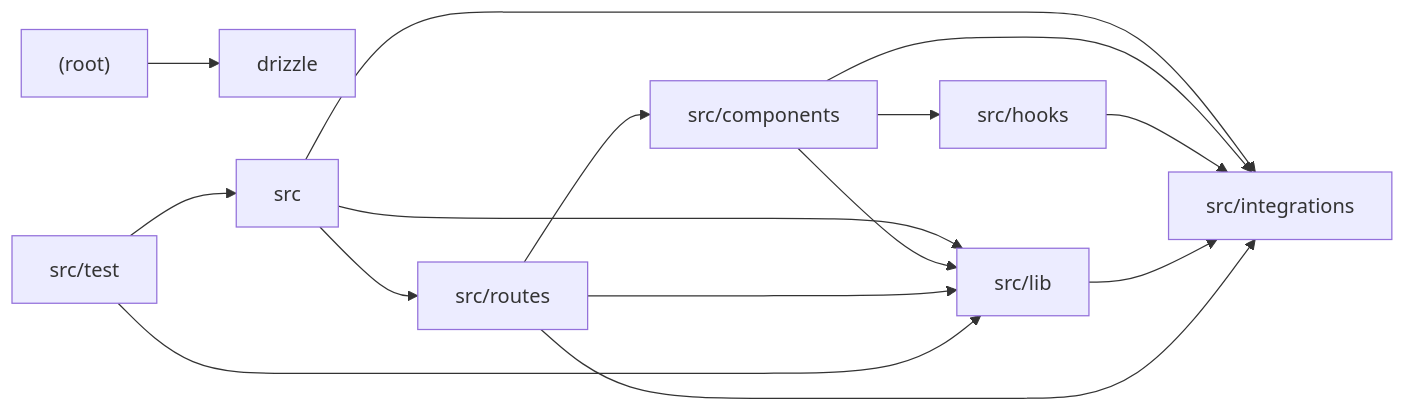
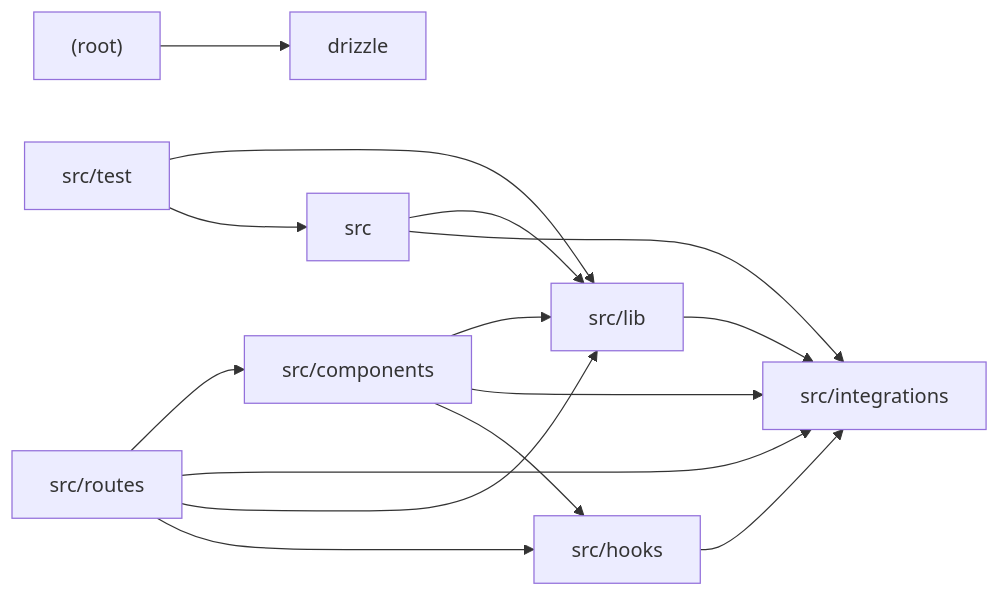
Before and after one commit to Vict2976/visit-denmark: the diagram in .eval/architecture/Architecture.md, drawn with Mermaid. The commit also changed other lines of this file and 9 other files, not shown here.

````diff
--- a/.eval/architecture/Architecture.md
+++ b/.eval/architecture/Architecture.md
@@ -21,17 +21,17 @@
 ```mermaid
 graph LR
   m0["(root)"] --> m1["drizzle"]
   m2["src"] --> m6["src/lib"]
   m2["src"] --> m5["src/integrations"]
-  m2["src"] --> m7["src/routes"]
   m3["src/components"] --> m6["src/lib"]
+  m3["src/components"] --> m5["src/integrations"]
   m3["src/components"] --> m4["src/hooks"]
-  m3["src/components"] --> m5["src/integrations"]
   m4["src/hooks"] --> m5["src/integrations"]
   m6["src/lib"] --> m5["src/integrations"]
   m7["src/routes"] --> m3["src/components"]
+  m7["src/routes"] --> m5["src/integrations"]
   m7["src/routes"] --> m6["src/lib"]
-  m7["src/routes"] --> m5["src/integrations"]
+  m7["src/routes"] --> m4["src/hooks"]
   m8["src/test"] --> m6["src/lib"]
   m8["src/test"] --> m2["src"]
 ```
````
